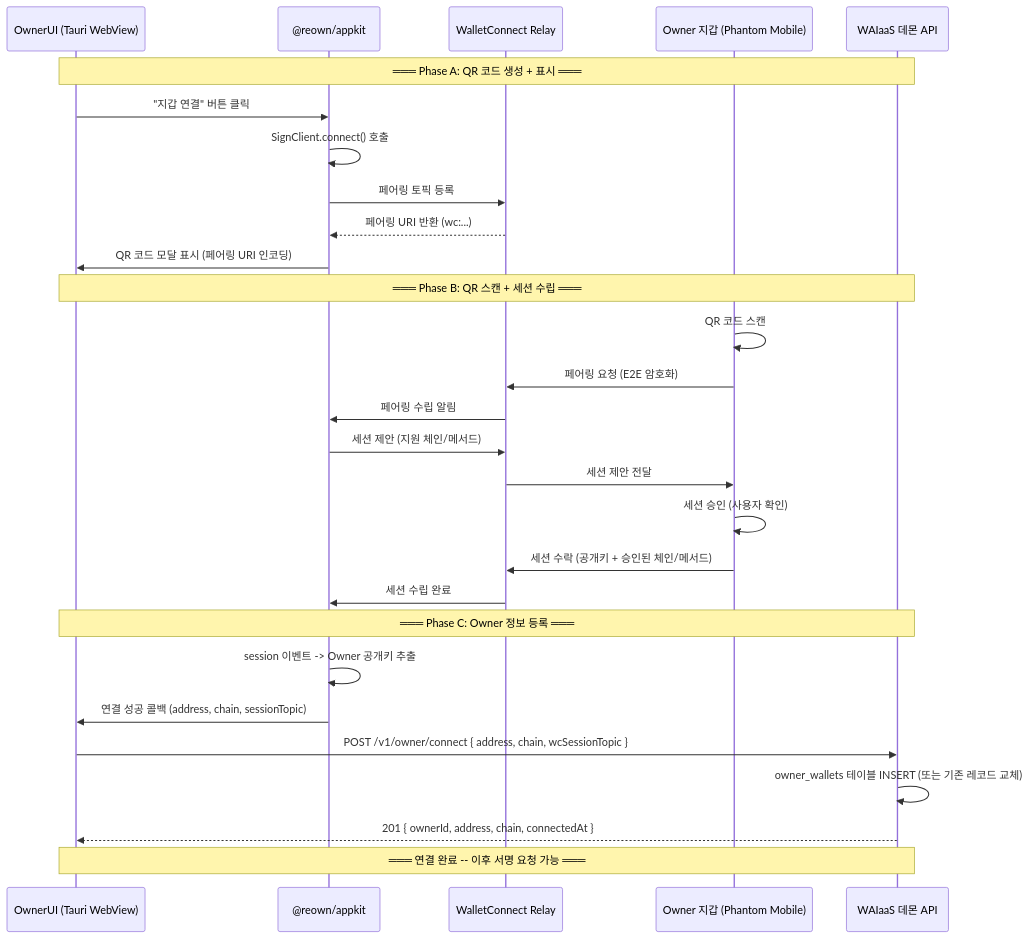
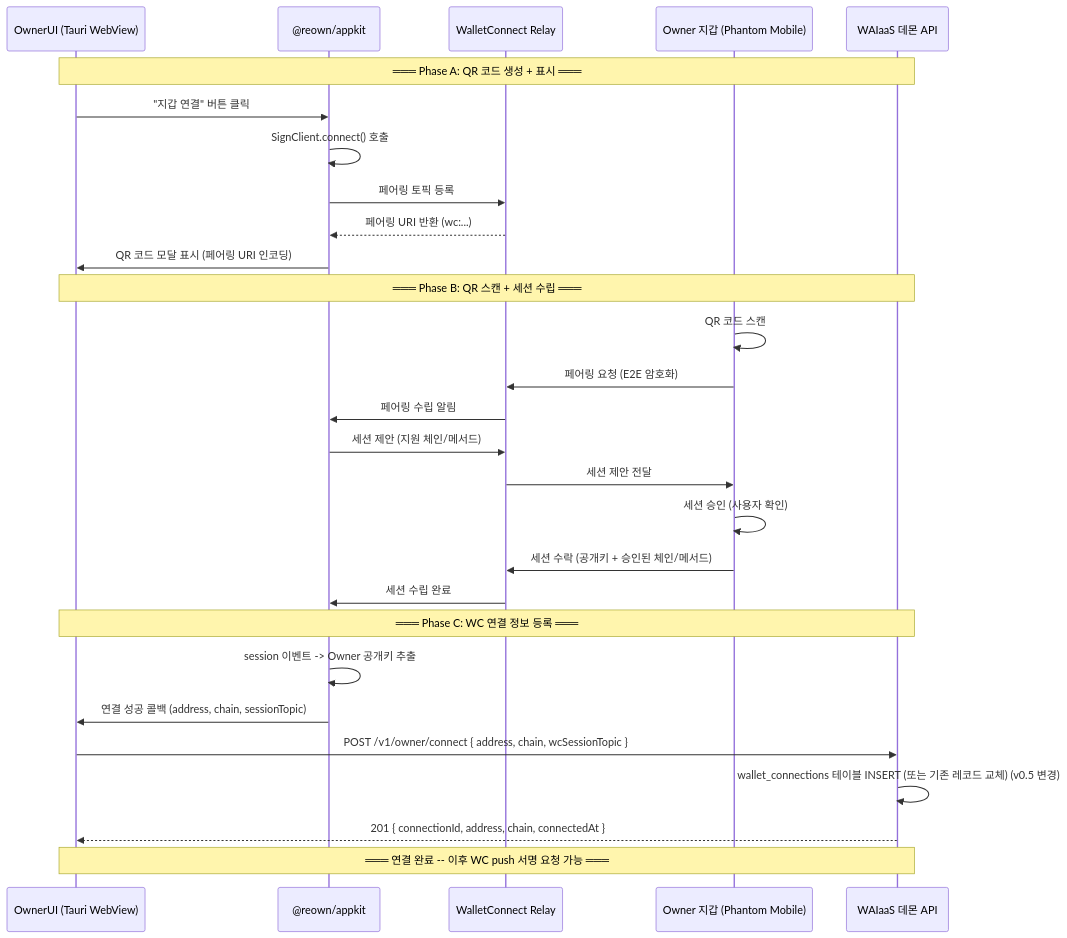
The first of 2 diagrams in .planning/deliverables/34-owner-wallet-connection.md (minhoyoo-iotrust/WAIaaS), drawn with Mermaid before and after one commit. The commit also changed other lines of this file, not shown here.

First line of the commit message:
docs(19-03): update 34-owner-wallet-connection.md for v0.5 auth model

````diff
--- a/.planning/deliverables/34-owner-wallet-connection.md
+++ b/.planning/deliverables/34-owner-wallet-connection.md
@@ -124,38 +142,38 @@
 ```mermaid
 sequenceDiagram
     participant OwnerUI as OwnerUI (Tauri WebView)
     participant AppKit as @reown/appkit
     participant Relay as WalletConnect Relay
     participant OwnerWallet as Owner 지갑 (Phantom Mobile)
     participant Daemon as WAIaaS 데몬 API
 
     Note over OwnerUI,Daemon: ═══ Phase A: QR 코드 생성 + 표시 ═══
 
     OwnerUI->>AppKit: "지갑 연결" 버튼 클릭
     AppKit->>AppKit: SignClient.connect() 호출
     AppKit->>Relay: 페어링 토픽 등록
     Relay-->>AppKit: 페어링 URI 반환 (wc:...)
     AppKit->>OwnerUI: QR 코드 모달 표시 (페어링 URI 인코딩)
 
     Note over OwnerUI,Daemon: ═══ Phase B: QR 스캔 + 세션 수립 ═══
 
     OwnerWallet->>OwnerWallet: QR 코드 스캔
     OwnerWallet->>Relay: 페어링 요청 (E2E 암호화)
     Relay->>AppKit: 페어링 수립 알림
 
     AppKit->>Relay: 세션 제안 (지원 체인/메서드)
     Relay->>OwnerWallet: 세션 제안 전달
     OwnerWallet->>OwnerWallet: 세션 승인 (사용자 확인)
     OwnerWallet->>Relay: 세션 수락 (공개키 + 승인된 체인/메서드)
     Relay->>AppKit: 세션 수립 완료
 
-    Note over OwnerUI,Daemon: ═══ Phase C: Owner 정보 등록 ═══
+    Note over OwnerUI,Daemon: ═══ Phase C: WC 연결 정보 등록 ═══
 
     AppKit->>AppKit: session 이벤트 -> Owner 공개키 추출
     AppKit->>OwnerUI: 연결 성공 콜백 (address, chain, sessionTopic)
     OwnerUI->>Daemon: POST /v1/owner/connect { address, chain, wcSessionTopic }
-    Daemon->>Daemon: owner_wallets 테이블 INSERT (또는 기존 레코드 교체)
-    Daemon-->>OwnerUI: 201 { ownerId, address, chain, connectedAt }
+    Daemon->>Daemon: wallet_connections 테이블 INSERT (또는 기존 레코드 교체) (v0.5 변경)
+    Daemon-->>OwnerUI: 201 { connectionId, address, chain, connectedAt }
 
-    Note over OwnerUI,Daemon: ═══ 연결 완료 -- 이후 서명 요청 가능 ═══
+    Note over OwnerUI,Daemon: ═══ 연결 완료 -- 이후 WC push 서명 요청 가능 ═══
 ```
````
